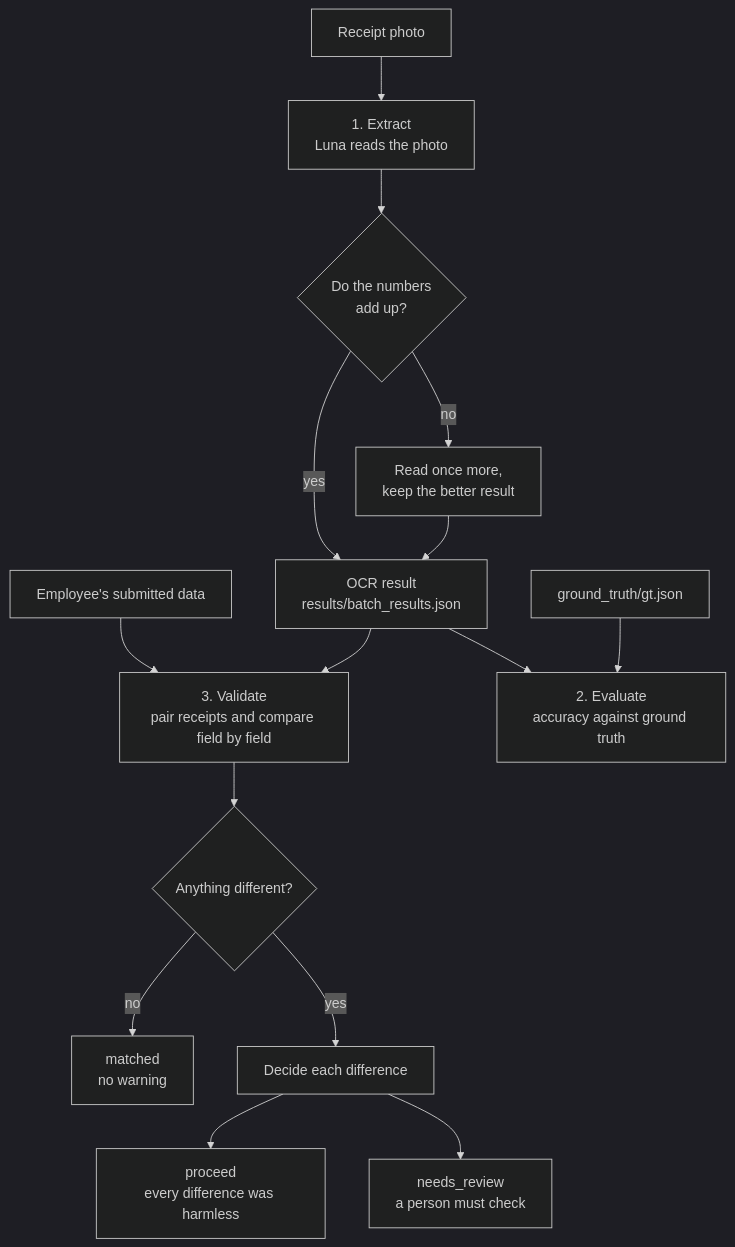
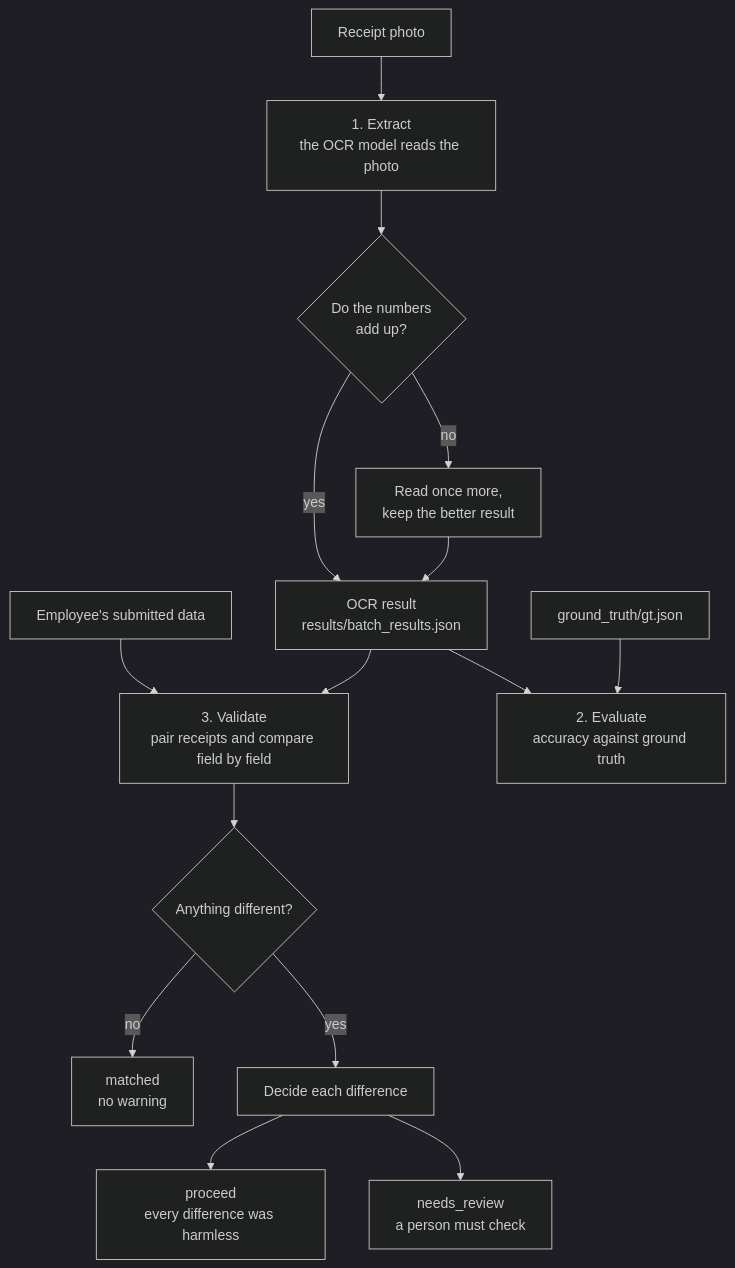
The diagram in README.md (NS2006/reimbursement), drawn with Mermaid (dark theme) before and after one commit. The commit also changed other lines of this file and 241 other files, not shown here.

````diff
--- a/README.md
+++ b/README.md
@@ -77,17 +112,17 @@
 ```mermaid
 flowchart TD
-    A[Receipt photo] --> B[1. Extract<br/>Luna reads the photo]
+    A[Receipt photo] --> B[1. Extract<br/>the OCR model reads the photo]
     B --> C{Do the numbers<br/>add up?}
     C -- no --> B2[Read once more,<br/>keep the better result]
     C -- yes --> D[OCR result<br/>results/batch_results.json]
     B2 --> D
     E[Employee's submitted data] --> F
     D --> F[3. Validate<br/>pair receipts and compare field by field]
     F --> G{Anything different?}
     G -- no --> M[matched<br/>no warning]
     G -- yes --> H[Decide each difference]
     H --> P[proceed<br/>every difference was harmless]
     H --> R[needs_review<br/>a person must check]
     D --> V[2. Evaluate<br/>accuracy against ground truth]
     GT[ground_truth/gt.json] --> V
 ```
````
